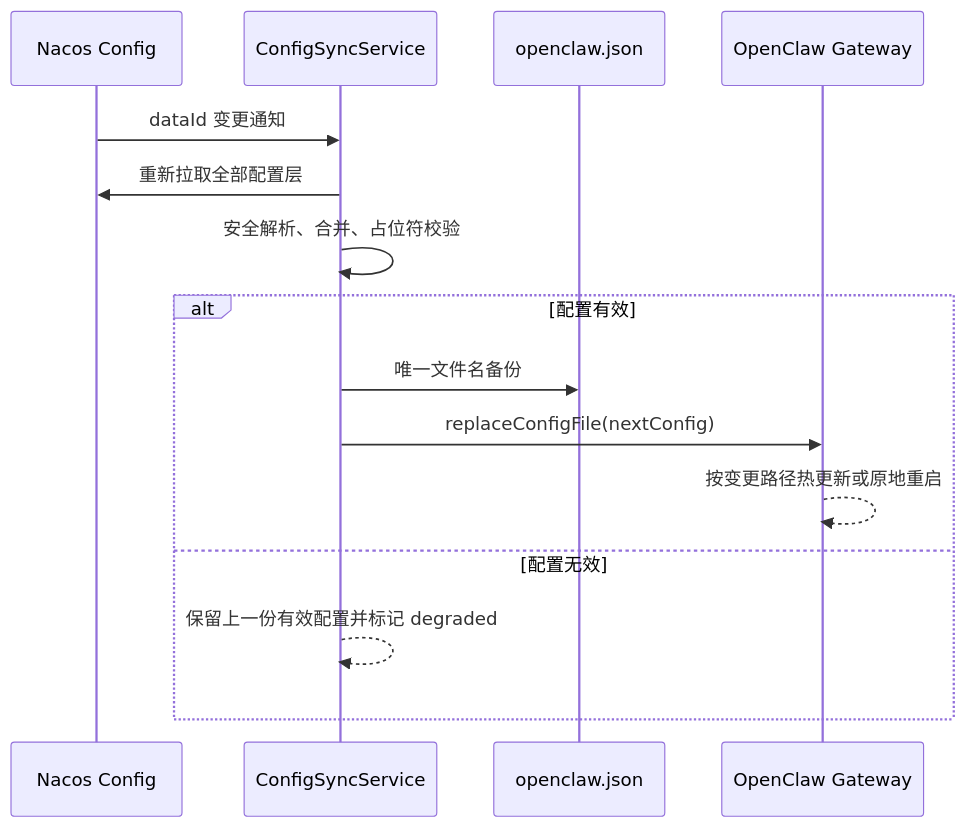
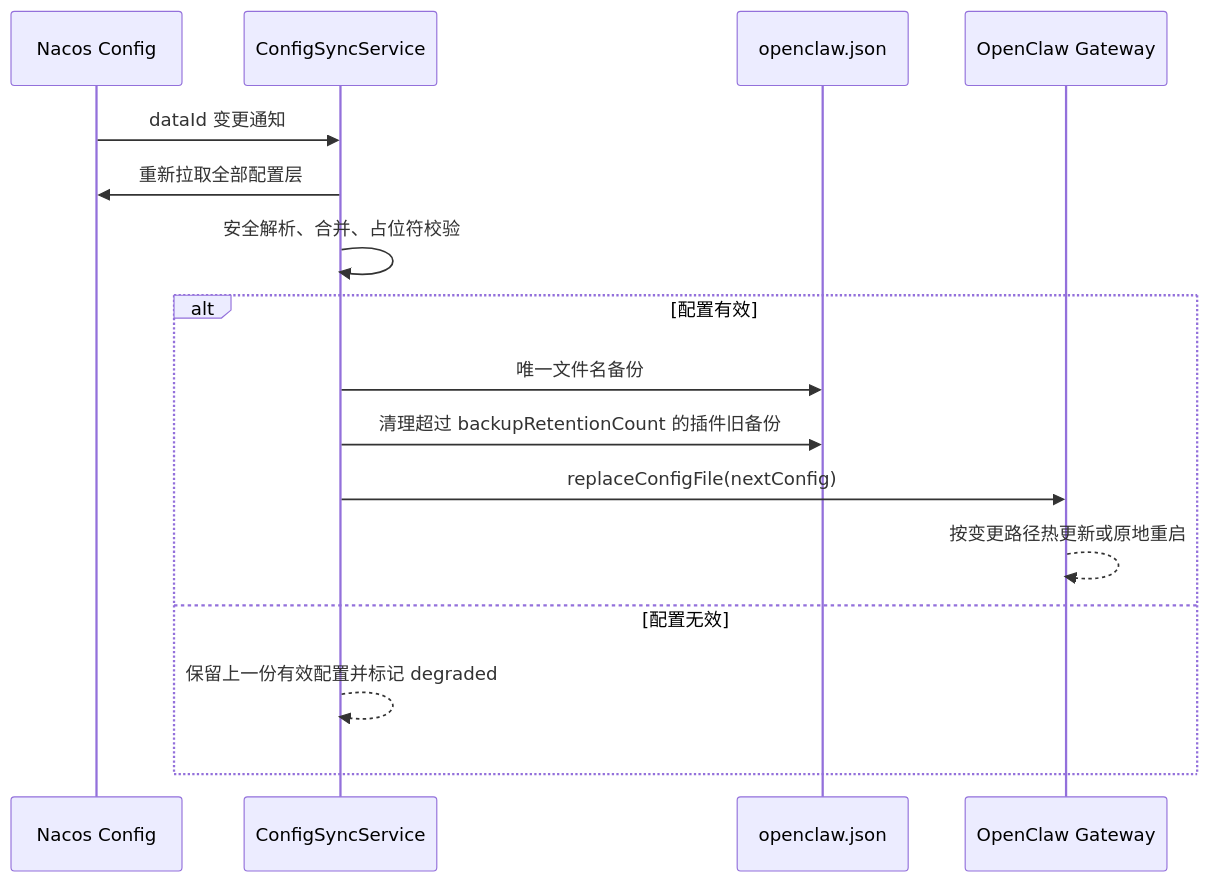
One commit to partme-ai/openclaw-plugins changed the second of 2 diagrams in extensions/nacos/README.zh-CN.md. Above: the diagram before and after it, drawn with Mermaid. The commit also changed other lines of this file and 259 other files, not shown here.

````diff
--- a/extensions/nacos/README.zh-CN.md
+++ b/extensions/nacos/README.zh-CN.md
@@ -106,17 +163,18 @@
 ```mermaid
 sequenceDiagram
     participant N as Nacos Config
     participant S as ConfigSyncService
     participant F as openclaw.json
     participant G as OpenClaw Gateway
     N->>S: dataId 变更通知
     S->>N: 重新拉取全部配置层
     S->>S: 安全解析、合并、占位符校验
     alt 配置有效
         S->>F: 唯一文件名备份
+        S->>F: 清理超过 backupRetentionCount 的插件旧备份
         S->>G: replaceConfigFile(nextConfig)
         G-->>G: 按变更路径热更新或原地重启
     else 配置无效
         S-->>S: 保留上一份有效配置并标记 degraded
     end
 ```
````
